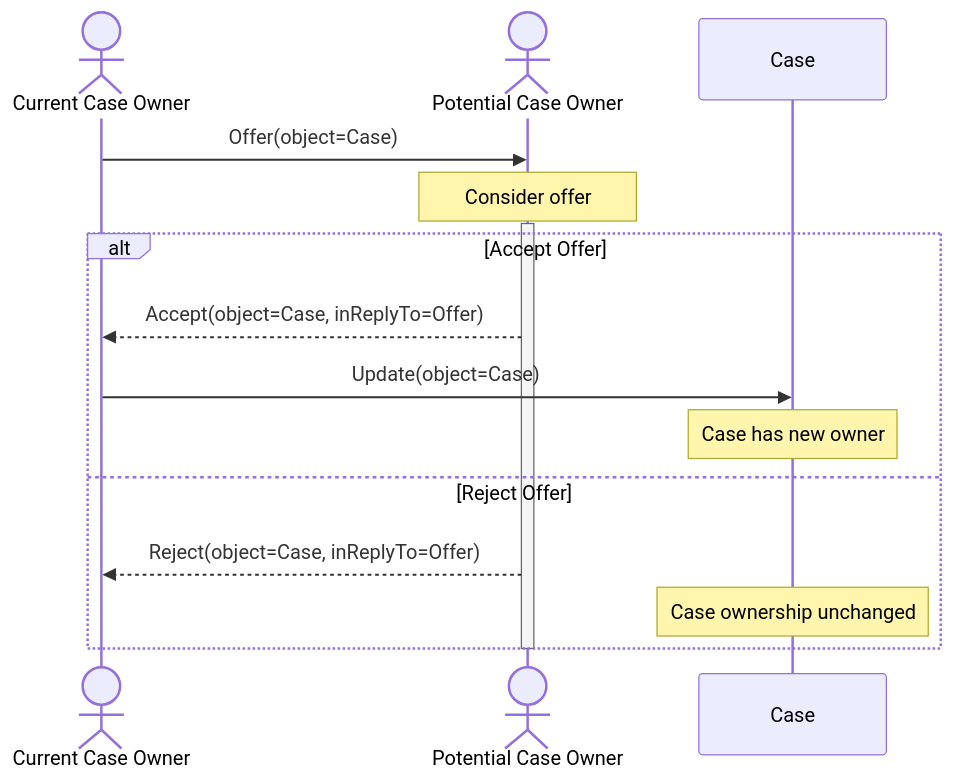
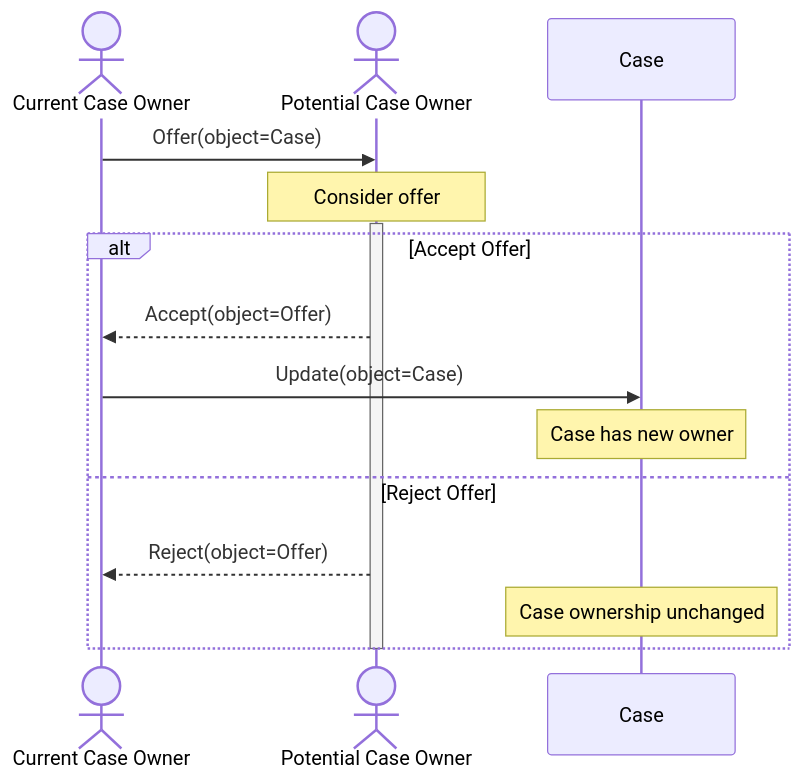
The diagram in docs/howto/activitypub/activities/transfer_ownership.md (CERTCC/Vultron), drawn with Mermaid before and after one commit. The commit also changed 6 other files, not shown here.

First line of the commit message:
fix: accept the offer, not the offered object

````diff
--- a/docs/howto/activitypub/activities/transfer_ownership.md
+++ b/docs/howto/activitypub/activities/transfer_ownership.md
@@ -22,18 +22,18 @@
 ```mermaid
 sequenceDiagram
     actor A as Current Case Owner
     actor B as Potential Case Owner
     participant C as Case
     A ->> B: Offer(object=Case)
     note over B: Consider offer
     activate B
     alt Accept Offer
-        B -->> A: Accept(object=Case, inReplyTo=Offer)
+        B -->> A: Accept(object=Offer)
         A ->> C: Update(object=Case)
         note over C: Case has new owner
     else Reject Offer
-        B -->> A: Reject(object=Case, inReplyTo=Offer)
+        B -->> A: Reject(object=Offer)
         note over C: Case ownership unchanged
     end
     deactivate B
 ```
````
